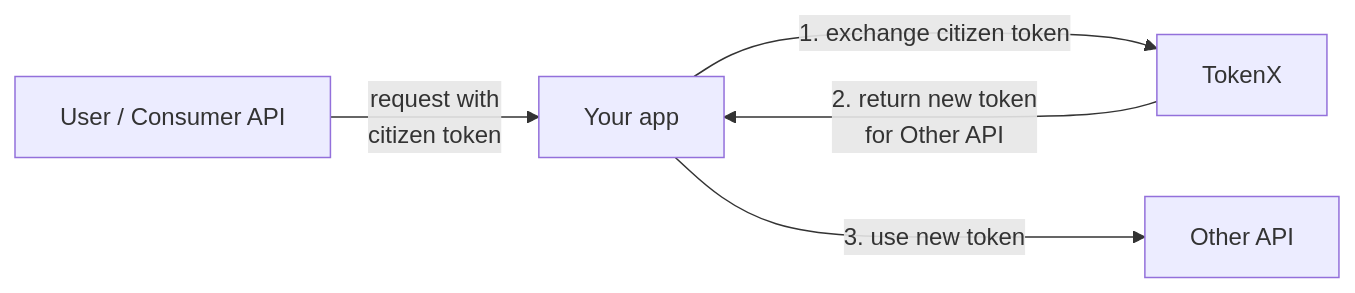
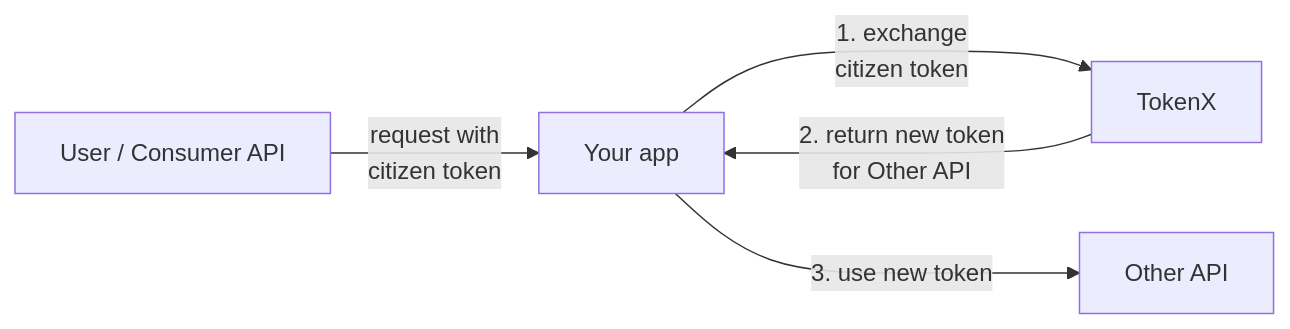
One commit to nais/doc changed the diagram in docs/auth/tokenx/README.md. Above: the diagram before and after it, drawn with Mermaid. The commit also changed other lines of this file and 15 other files, not shown here.

````diff
--- a/docs/auth/tokenx/README.md
+++ b/docs/auth/tokenx/README.md
@@ -21,7 +21,7 @@
 ```mermaid
 graph LR
   Consumer["User / Consumer API"] --"request with\ncitizen token"--> Application[Your app]
-  Application --1. exchange citizen token---> TokenX
+  Application --1. exchange \ncitizen token---> TokenX
   TokenX --2. return new token\nfor Other API---> Application
   Application --3. use new token---> Other["Other API"]
 ```
````
